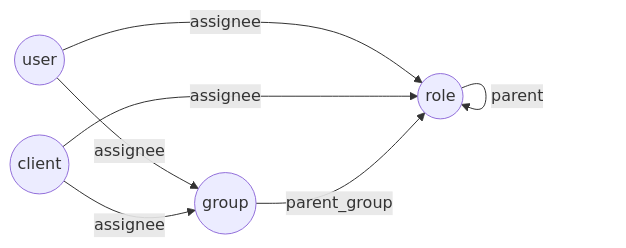
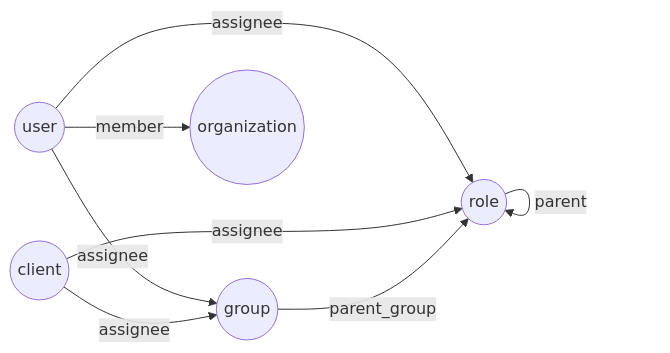
One commit to embesozzi/keycloak-openfga-event-publisher changed the diagram in README.md. Above: the diagram before and after it, drawn with Mermaid. The commit also changed other lines of this file and 9 other files, not shown here.

````diff
--- a/README.md
+++ b/README.md
@@ -24,14 +27,16 @@
 ```mermaid
 graph LR
   user((user))
   client((client))
   group((group))
   role((role))
+  organization((organization))
 
   user -- assignee --> role
   client -- assignee --> role
   user -- assignee --> group
   client -- assignee --> group
   group -- parent_group --> role
   role -- parent --> role
+  user -- member --> organization
 ```
````
